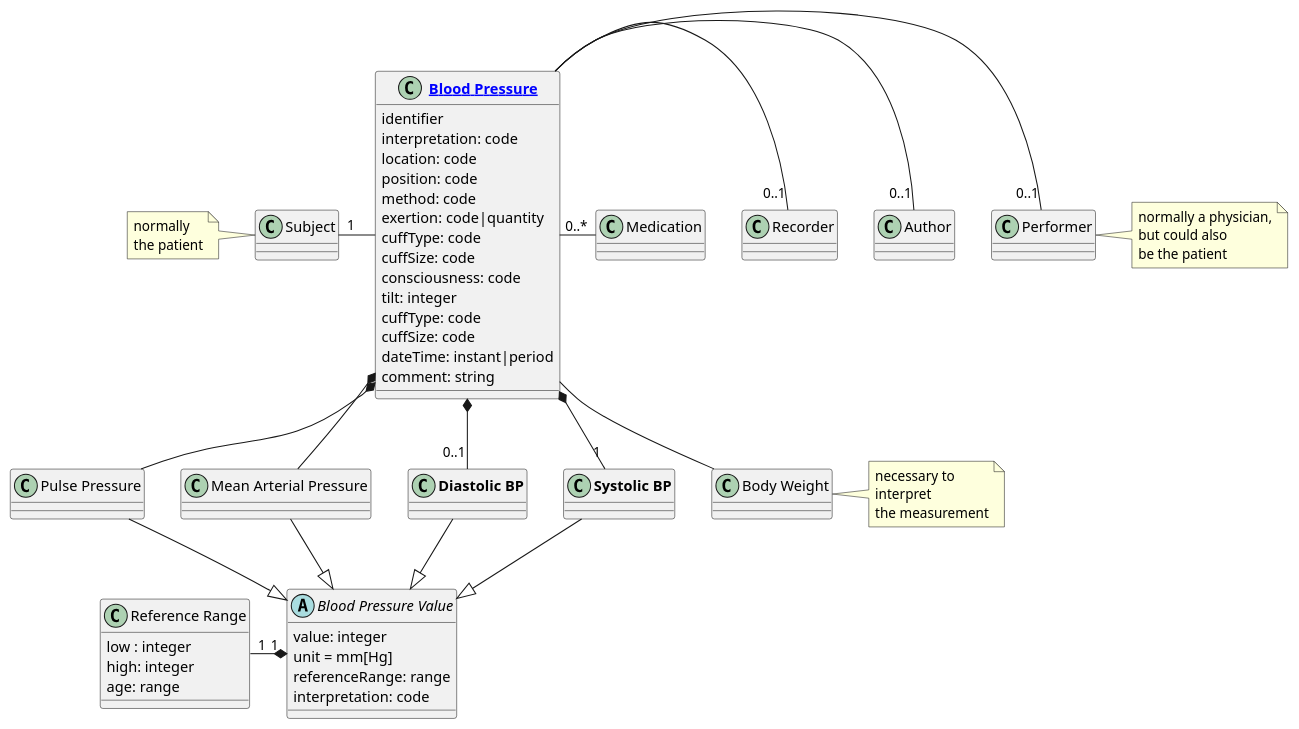
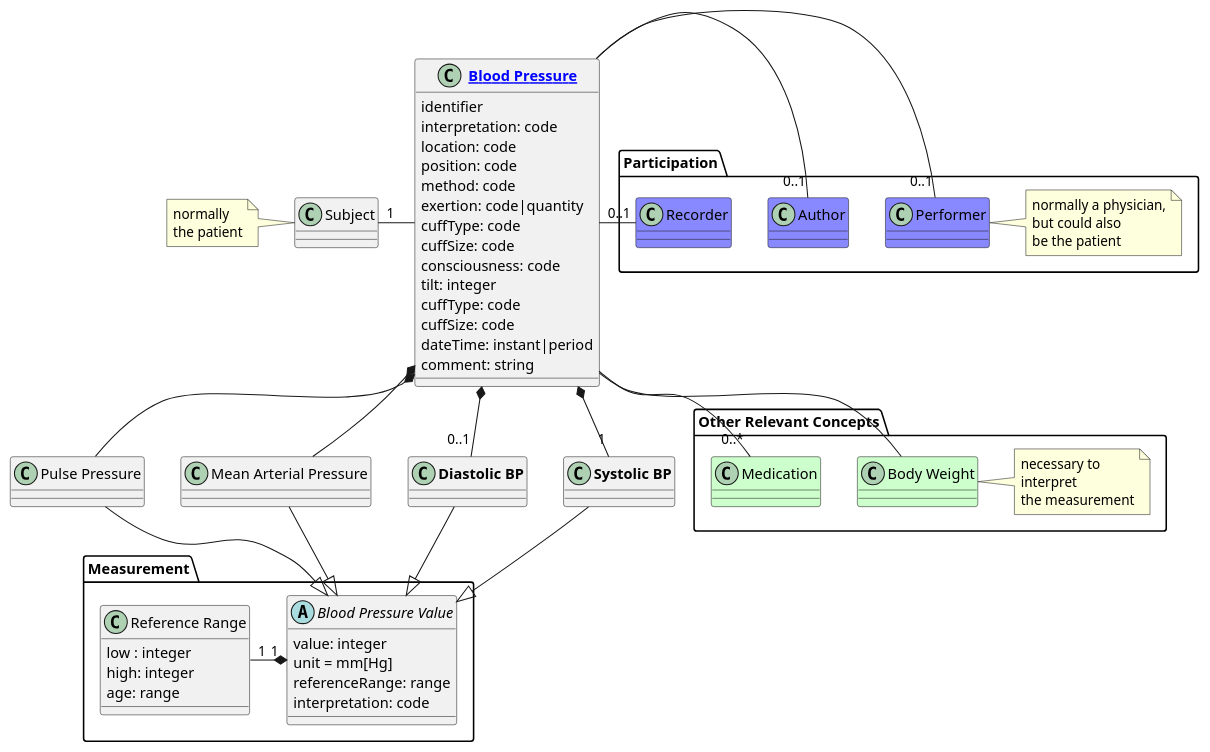
The diagram in input/images-source/base_model.plantuml (frankoemig/bloodpressure), drawn with PlantUML before and after one commit. The commit also changed 16 other files, not shown here.

```diff
--- a/input/images-source/base_model.plantuml
+++ b/input/images-source/base_model.plantuml
@@ -1,78 +1,88 @@
 @startuml
 
 class "**[[StructureDefinition-BloodPressure.html Blood Pressure]]**" as bp {
     identifier
     interpretation: code
     location: code
     position: code
     method: code
     exertion: code|quantity
     cuffType: code
     cuffSize: code
     consciousness: code
     tilt: integer
     cuffType: code
     cuffSize: code
     dateTime: instant|period
     comment: string
 }
 
-abstract class "Blood Pressure Value" as bpv {
-    value: integer
-    unit = mm[Hg]
-    referenceRange: range
-    interpretation: code
+package "Measurement" {
+    abstract class "Blood Pressure Value" as bpv {
+        value: integer
+        unit = mm[Hg]
+        referenceRange: range
+        interpretation: code
+    }
+
+    class "Reference Range" as rr {
+        low : integer
+        high: integer
+        age: range
+    }
 }
 
 class "**Systolic BP**" as syst
 class "**Diastolic BP**" as diast
 class "Mean Arterial Pressure" as mabp
 class "Pulse Pressure" as pbp
 
-class "Reference Range" as rr {
-    low : integer
-    high: integer
-    age: range
+
+package "Other Relevant Concepts" {
+    class "Body Weight" as bw #cfc
+    Note right of bw
+    necessary to
+    interpret
+    the measurement
+    end Note
+    class "Medication" as med #cfc
+
 }
 
-class "Body Weight" as bw
-Note right of bw
-necessary to
-interpret
-the measurement
-end Note
-class "Medication" as med
-class "Author" as a
-class "Performer" as p
-Note right of p
-normally a physician,
-but could also
-be the patient
-end Note
 
-class "Recorder" as r
+package "Participation" {
+    class "Author" as a #88f
+    class "Performer" as p #88f
+    Note right of p
+    normally a physician,
+    but could also
+    be the patient
+    end Note
+    class "Recorder" as r #88f
+}
+
 class "Subject" as s
 Note left of s
 normally
 the patient
 end Note
 
 bpv <|-up- syst
 bpv <|-up- diast
 bpv <|-up- mabp
 bpv <|-up- pbp
 bpv "1" *-left- "1" rr
 
 bp -right- "0..1" a
 bp -right- "0..1" p
 bp -right- "0..1" r
 bp -left- "1" s
 bp -- bw
 bp -right- "0..*" med
 
 bp *-- "1" syst
 bp *-- "0..1" diast
 bp *-- mabp
 bp *-- pbp
 
 @enduml
```
